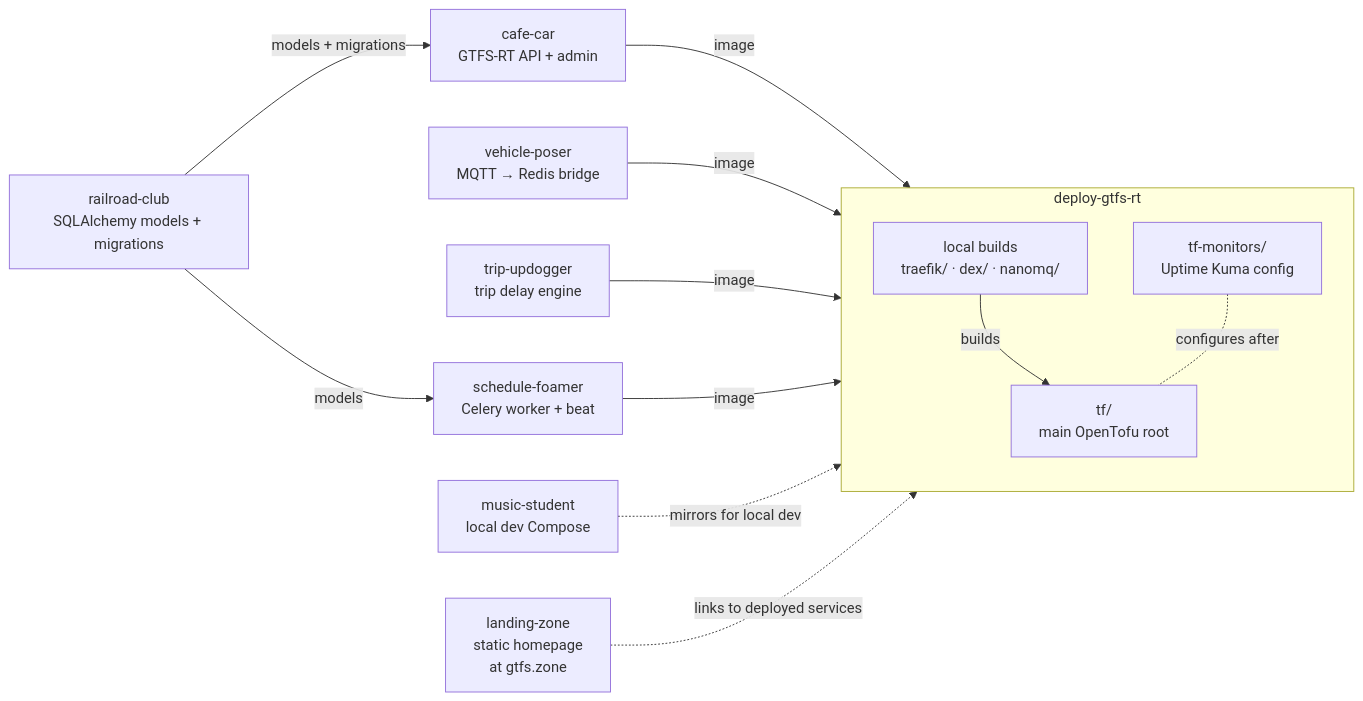
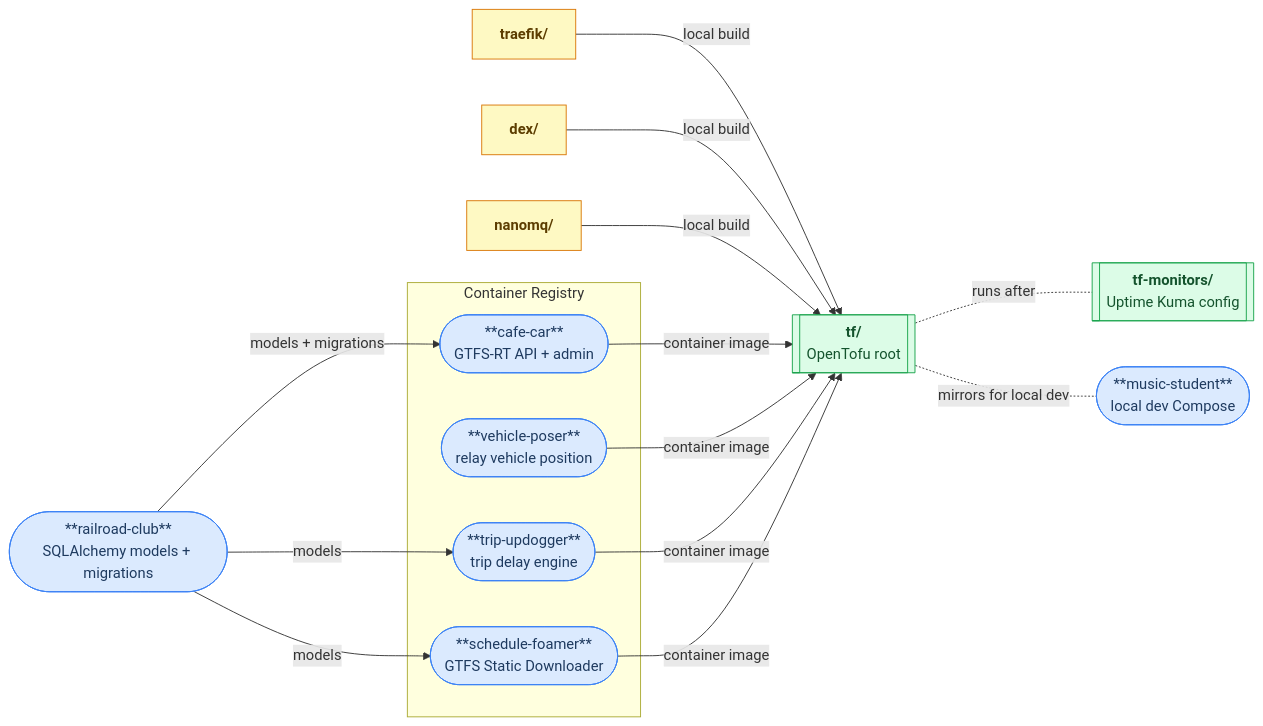
One commit to gtfs-zone/deploy-gtfs-rt changed the first of 7 diagrams in README.md. Above: the diagram before and after it, drawn with Mermaid. The commit also changed other lines of this file, not shown here.

First line of the commit message:
docs: add mermaid charts

````diff
--- a/README.md
+++ b/README.md
@@ -27,31 +27,35 @@
 ```mermaid
-graph LR
-    lz["landing-zone\nstatic homepage\nat gtfs.zone"]
+flowchart LR
+    classDef repo fill:#dbeafe,stroke:#3b82f6,color:#1e3a5f
+    classDef dir fill:#fef9c3,stroke:#d97706,color:#5c3d00
+    classDef tf fill:#dcfce7,stroke:#16a34a,color:#14532d
 
-    subgraph repo["deploy-gtfs-rt"]
-        direction TB
-        local["local builds\ntraefik/ · dex/ · nanomq/"]
-        tf["tf/\nmain OpenTofu root"]
-        tfm["tf-monitors/\nUptime Kuma config"]
-        local -->|builds| tf
-        tfm -.-|configures after| tf
+    traefik_dir["`**traefik/**`"]:::dir
+    dex_dir["`**dex/**`"]:::dir
+    nanomq_dir["`**nanomq/**`"]:::dir
+    tf[["`**tf/**<br>OpenTofu root`"]]:::tf
+    tfm[["`**tf-monitors/**<br>Uptime Kuma config`"]]:::tf
+    traefik_dir & dex_dir & nanomq_dir -->|"local build"| tf
+    tf -.-|"runs after"| tfm
+
+    subgraph registry["Container Registry"]
+        cc(["**cafe-car**<br>GTFS-RT API + admin"]):::repo
+        vp(["**vehicle-poser**<br>relay vehicle position"]):::repo
+        tu(["**trip-updogger**<br>trip delay engine"]):::repo
+        sf(["**schedule-foamer**<br>GTFS Static Downloader"]):::repo
     end
 
-    cc["cafe-car\nGTFS-RT API + admin"]
-    vp["vehicle-poser\nMQTT → Redis bridge"]
-    tu["trip-updogger\ntrip delay engine"]
-    sf["schedule-foamer\nCelery worker + beat"]
-    rc["railroad-club\nSQLAlchemy models + migrations"]
-    ms["music-student\nlocal dev Compose"]
+    rc(["**railroad-club**<br>SQLAlchemy models + migrations"]):::repo
+    ms(["**music-student**<br>local dev Compose"]):::repo
 
-    rc -->|models + migrations| cc
-    rc -->|models| sf
+    rc -->|"models + migrations"| cc
+    rc -->|"models"| tu
+    rc -->|"models"| sf
 
-    cc -->|image| tf
-    vp -->|image| tf
-    tu -->|image| tf
-    sf -->|image| tf
+    cc -->|"container image"| tf
+    vp -->|"container image"| tf
+    tu -->|"container image"| tf
+    sf -->|"container image"| tf
 
-    ms -.->|mirrors for local dev| repo
-    lz -.->|links to deployed services| repo
+    tf -.-|"mirrors for local dev"| ms
 ```
````
